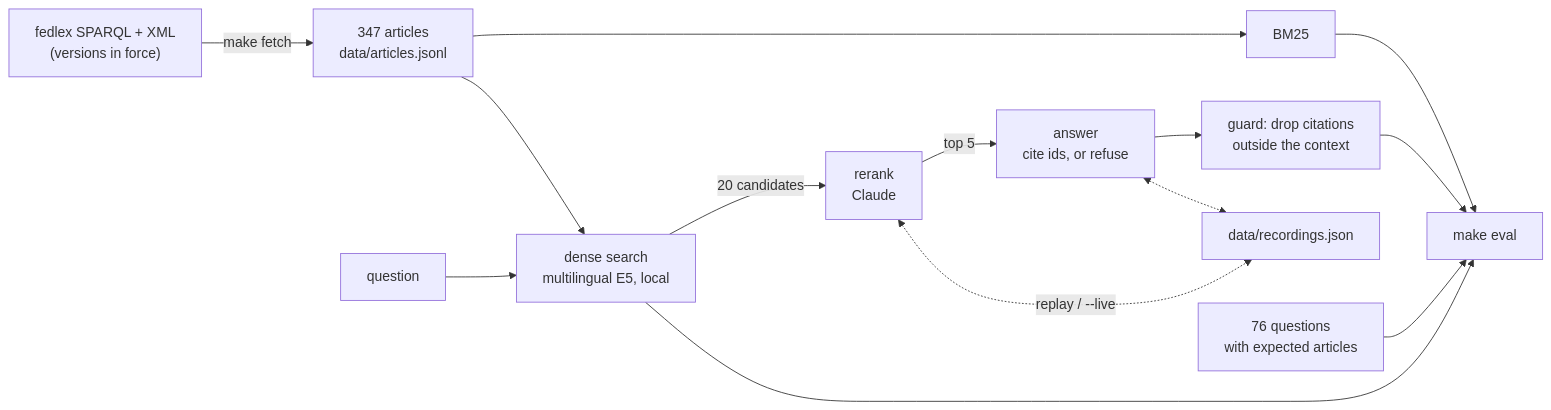
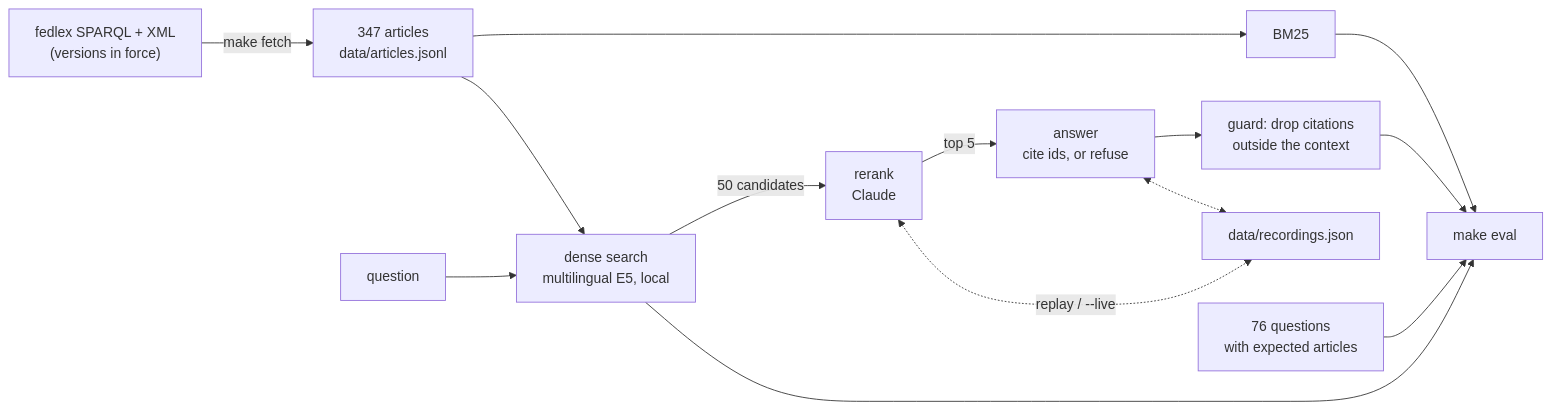
The diagram in README.md (riccardito/fedlex-rag), drawn with Mermaid before and after one commit. The commit also changed other lines of this file and 4 other files, not shown here.

First line of the commit message:
feat: the rerank takes 50 candidates -- Recall@5 90.2 %

````diff
--- a/README.md
+++ b/README.md
@@ -68,16 +68,16 @@
 ```mermaid
 flowchart LR
     F["fedlex SPARQL + XML<br/>(versions in force)"] -->|"make fetch"| A["347 articles<br/>data/articles.jsonl"]
     A --> B["BM25"]
     A --> D["dense search<br/>multilingual E5, local"]
     Q["question"] --> D
-    D -->|"20 candidates"| R["rerank<br/>Claude"]
+    D -->|"50 candidates"| R["rerank<br/>Claude"]
     R -->|"top 5"| N["answer<br/>cite ids, or refuse"]
     N --> G["guard: drop citations<br/>outside the context"]
     R <-.->|"replay / --live"| C["data/recordings.json"]
     N <-.-> C
     E["76 questions<br/>with expected articles"] --> M["make eval"]
     B --> M
     D --> M
     G --> M
 ```
````
